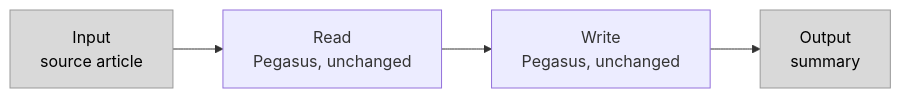
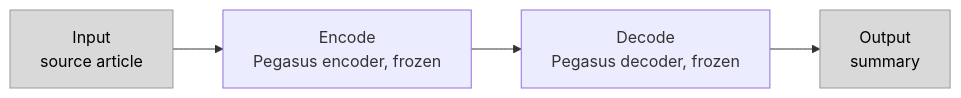
Before and after one commit to FatemaKotb/Comparing-Summarization-Models-on-CNN-DailyMail: the third of 5 diagrams in README.md, drawn with Mermaid. The commit also changed other lines of this file, not shown here.

````diff
--- a/README.md
+++ b/README.md
@@ -104,8 +97,8 @@
 ```mermaid
 flowchart LR
-    I[Input<br/>source article] --> E[Read<br/>Pegasus, unchanged]
-    E --> D[Write<br/>Pegasus, unchanged]
+    I[Input<br/>source article] --> E[Encode<br/>Pegasus encoder, frozen]
+    E --> D[Decode<br/>Pegasus decoder, frozen]
     D --> O[Output<br/>summary]
     classDef io fill:#d9d9d9,stroke:#999999,color:#000000
     class I,O io
 ```
````
